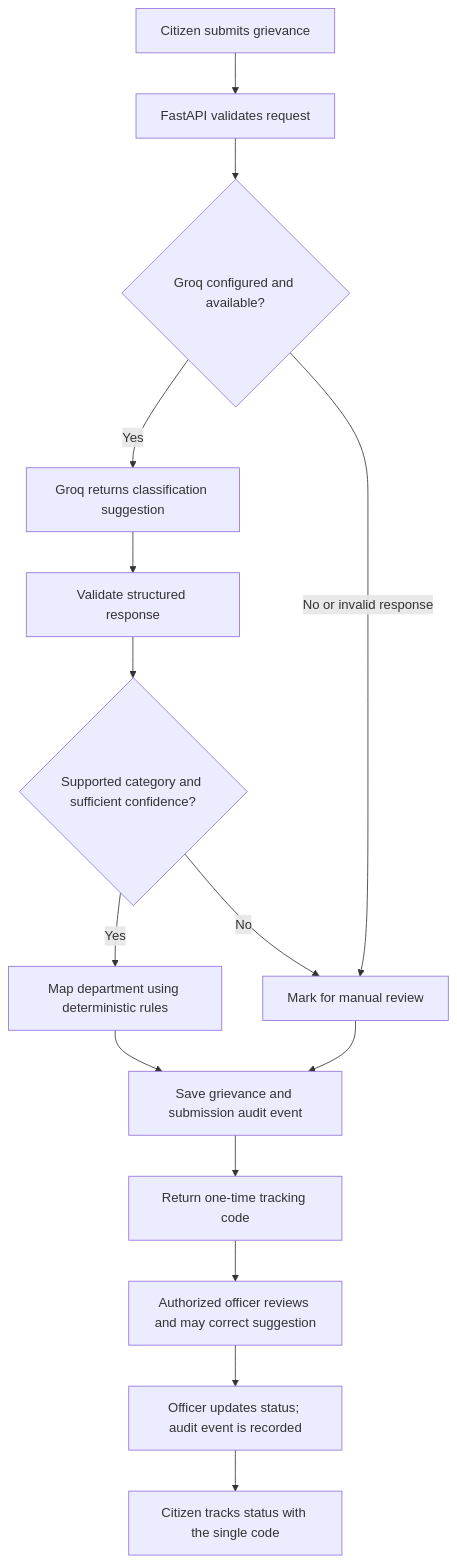
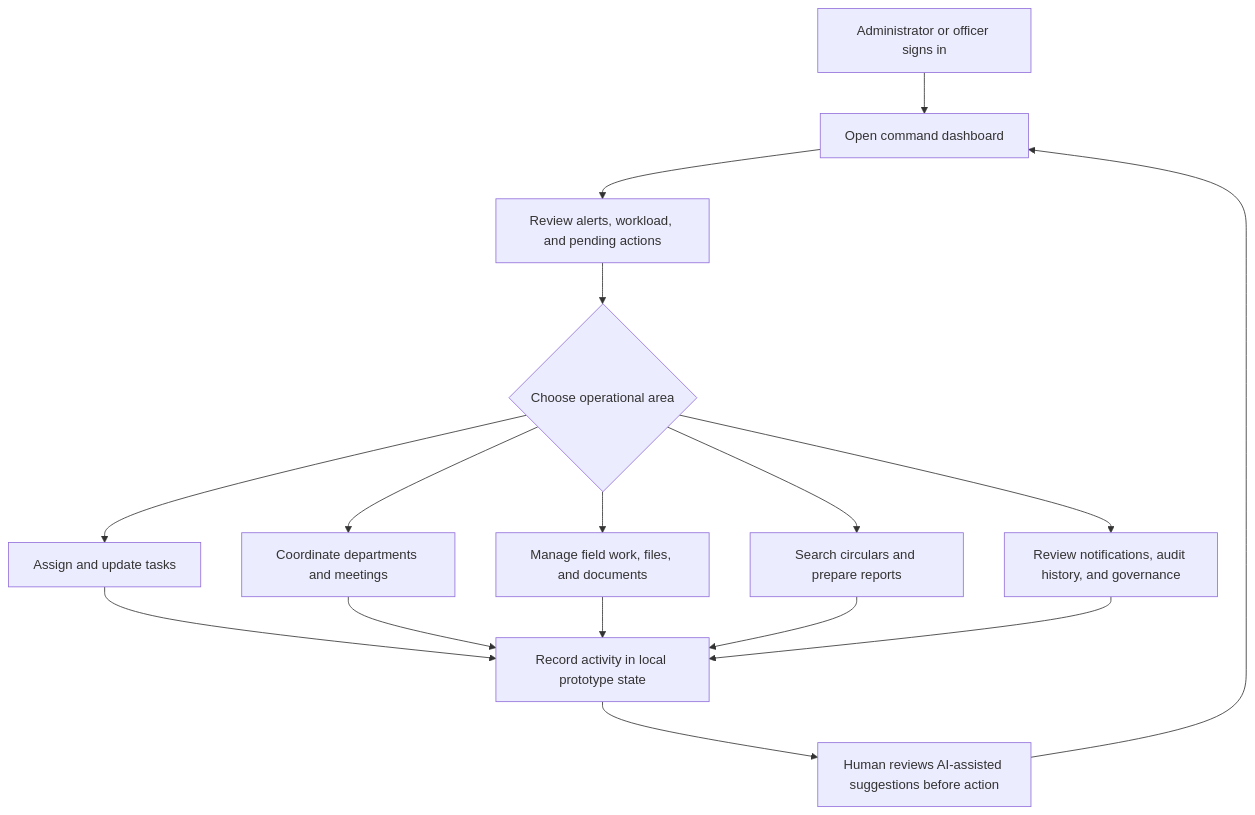
Before and after one commit to deepak-05dktopG/ai-grievance-management-system: the second of 2 diagrams in README.md, drawn with Mermaid. The commit also changed other lines of this file, not shown here.

````diff
--- a/README.md
+++ b/README.md
@@ -84,17 +101,18 @@
 ```mermaid
 flowchart TD
-    A[Citizen submits grievance] --> B[FastAPI validates request]
-    B --> C{Groq configured and available?}
-    C -->|Yes| D[Groq returns classification suggestion]
-    C -->|No or invalid response| E[Mark for manual review]
-    D --> F[Validate structured response]
-    F --> G{Supported category and sufficient confidence?}
-    G -->|Yes| H[Map department using deterministic rules]
-    G -->|No| E
-    H --> I[Save grievance and submission audit event]
-    E --> I
-    I --> J[Return one-time tracking code]
-    J --> K[Authorized officer reviews and may correct suggestion]
-    K --> L[Officer updates status; audit event is recorded]
-    L --> M[Citizen tracks status with the single code]
+    A[Administrator or officer signs in] --> B[Open command dashboard]
+    B --> C[Review alerts, workload, and pending actions]
+    C --> D{Choose operational area}
+    D --> E[Assign and update tasks]
+    D --> F[Coordinate departments and meetings]
+    D --> G[Manage field work, files, and documents]
+    D --> H[Search circulars and prepare reports]
+    D --> I[Review notifications, audit history, and governance]
+    E --> J[Record activity in local prototype state]
+    F --> J
+    G --> J
+    H --> J
+    I --> J
+    J --> K[Human reviews AI-assisted suggestions before action]
+    K --> B
 ```
````
